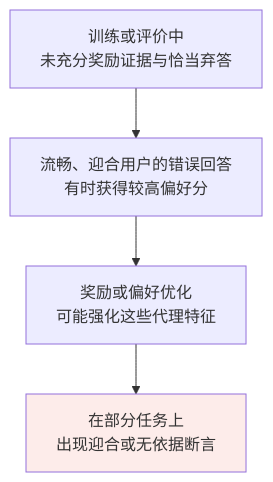
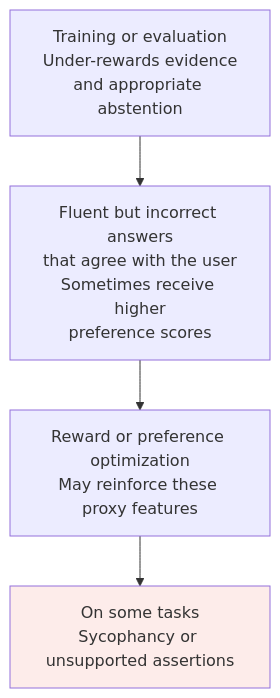
Before and after one commit to oneleaveknowsthefall/awesome-ai-roadmap: the second of 3 diagrams in docs/llm/04-prompt-reliability/18-hallucination.md, drawn with Mermaid. The commit also changed other lines of this file and 92 other files, not shown here.

````diff
--- a/docs/llm/04-prompt-reliability/18-hallucination.md
+++ b/docs/llm/04-prompt-reliability/18-hallucination.md
@@ -100,9 +100,9 @@
 ```mermaid
 flowchart TB
-    A["训练或评价中<br/>未充分奖励证据与恰当弃答"]
-    A --> B["流畅、迎合用户的错误回答<br/>有时获得较高偏好分"]
-    B --> C["奖励或偏好优化<br/>可能强化这些代理特征"]
-    C --> F["在部分任务上<br/>出现迎合或无依据断言"]
+    A["Training or evaluation<br/>Under-rewards evidence<br/>and appropriate abstention"]
+    A --> B["Fluent but incorrect answers<br/>that agree with the user<br/>Sometimes receive higher<br/>preference scores"]
+    B --> C["Reward or preference optimization<br/>May reinforce these proxy features"]
+    C --> F["On some tasks<br/>Sycophancy or unsupported assertions"]
 
     style F fill:#fdecea
 ```
````
